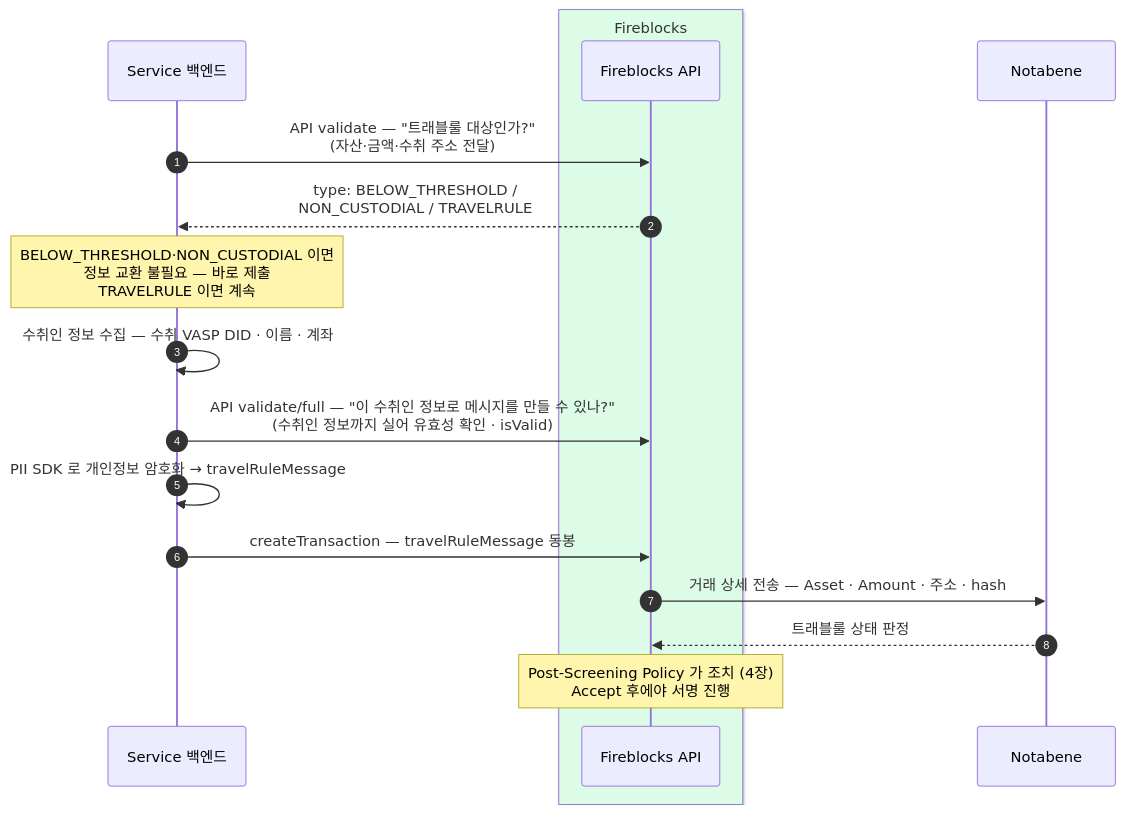
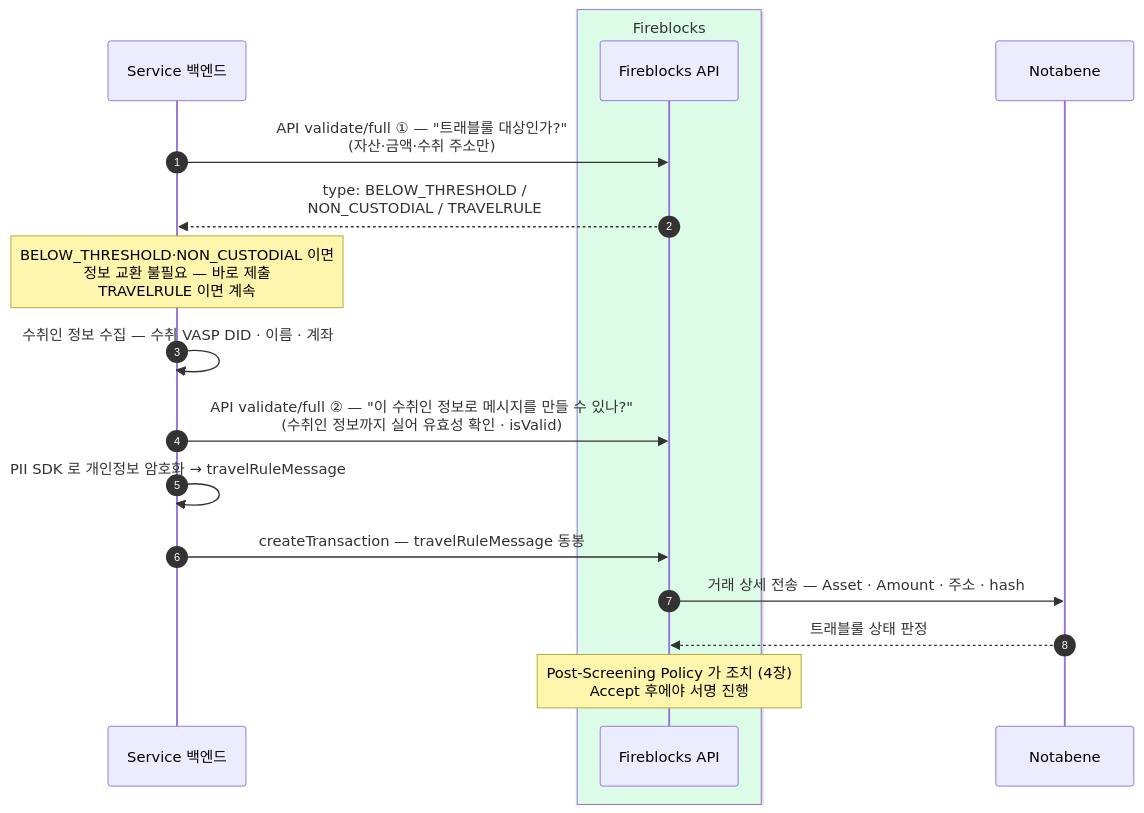
The diagram in blockchain-manager/docs/트래블룰/설계/02-withdrawal.md (eunsujeo/eunpus), drawn with Mermaid before and after one commit. The commit also changed other lines of this file and 20 other files, not shown here.

Commit message:
컴플라이언스 서비스 문서 신설(범위·인터페이스·API 정본) + 트래블룰 문서 개명·validate/full 통일 + 문서 사이드바 메서드 배지

````diff
--- a/blockchain-manager/docs/트래블룰/설계/02-withdrawal.md
+++ b/blockchain-manager/docs/트래블룰/설계/02-withdrawal.md
@@ -14,20 +14,20 @@
 ```mermaid
 sequenceDiagram
     autonumber
     participant BE as Service 백엔드
     box rgb(220,252,231) Fireblocks
     participant FB as Fireblocks API
     end
     participant NB as Notabene
 
-    BE->>FB: API validate — "트래블룰 대상인가?"<br/>(자산·금액·수취 주소 전달)
+    BE->>FB: API validate/full ① — "트래블룰 대상인가?"<br/>(자산·금액·수취 주소만)
     FB-->>BE: type: BELOW_THRESHOLD /<br/>NON_CUSTODIAL / TRAVELRULE
     Note over BE: BELOW_THRESHOLD·NON_CUSTODIAL 이면<br/>정보 교환 불필요 — 바로 제출<br/>TRAVELRULE 이면 계속
     BE->>BE: 수취인 정보 수집 — 수취 VASP DID · 이름 · 계좌
-    BE->>FB: API validate/full — "이 수취인 정보로 메시지를 만들 수 있나?"<br/>(수취인 정보까지 실어 유효성 확인 · isValid)
+    BE->>FB: API validate/full ② — "이 수취인 정보로 메시지를 만들 수 있나?"<br/>(수취인 정보까지 실어 유효성 확인 · isValid)
     BE->>BE: PII SDK 로 개인정보 암호화 → travelRuleMessage
     BE->>FB: createTransaction — travelRuleMessage 동봉
     FB->>NB: 거래 상세 전송 — Asset · Amount · 주소 · hash
     NB-->>FB: 트래블룰 상태 판정
     Note over FB: Post-Screening Policy 가 조치 (4장)<br/>Accept 후에야 서명 진행
 ```
````
